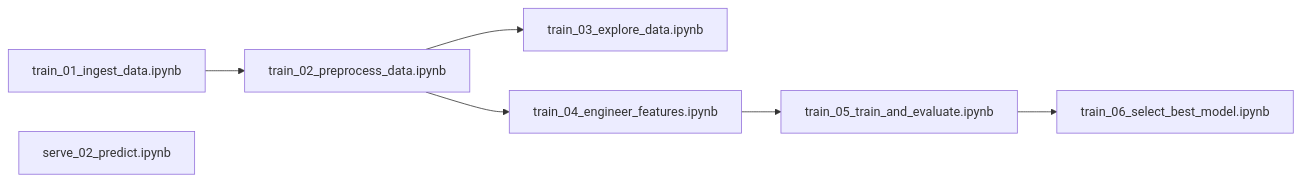
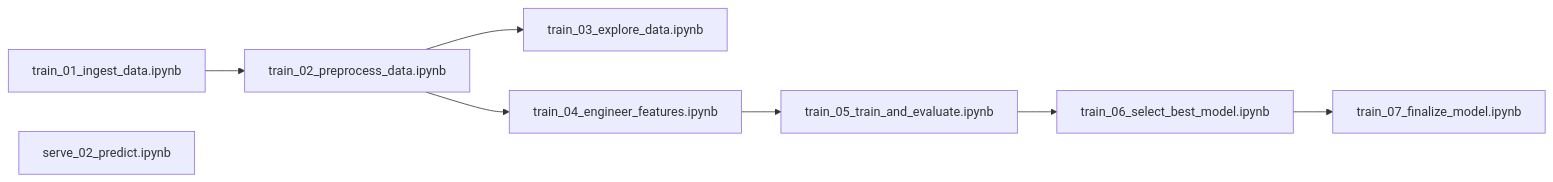
One commit to olga-terekhova/home-co2-forecast changed the diagram in README.md. Above: the diagram before and after it, drawn with Mermaid. The commit also changed other lines of this file, not shown here.

````diff
--- a/README.md
+++ b/README.md
@@ -24,10 +25,10 @@
 ```mermaid
 flowchart LR;
     train_01_ingest_data.ipynb --> train_02_preprocess_data.ipynb;
     train_02_preprocess_data.ipynb --> train_03_explore_data.ipynb;
     train_02_preprocess_data.ipynb --> train_04_engineer_features.ipynb;
     train_04_engineer_features.ipynb --> train_05_train_and_evaluate.ipynb;
     train_05_train_and_evaluate.ipynb --> train_06_select_best_model.ipynb;
-    train_06_select_best_model.ipynb;
+    train_06_select_best_model.ipynb --> train_07_finalize_model.ipynb;
     serve_02_predict.ipynb;
 ```
````
